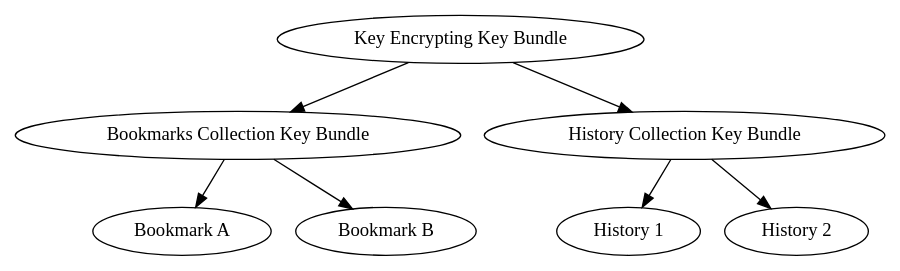
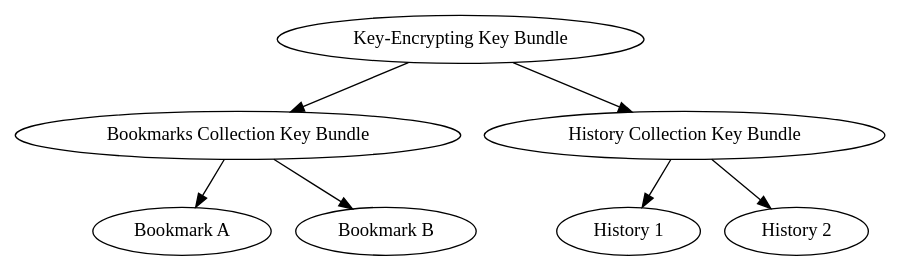
One commit to mozilla-services/docs changed the diagram in source/sync/storageformat6.rst. Above: the diagram before and after it, drawn with Graphviz. The commit also changed other lines of this file, not shown here.

```diff
--- a/source/sync/storageformat6.rst
+++ b/source/sync/storageformat6.rst
@@ -49,16 +52,16 @@
 .. graphviz::
 
   digraph {
-    ROOT [label="Key Encrypting Key Bundle"];
+    ROOT [label="Key-Encrypting Key Bundle"];
     BOOKMARKS [label="Bookmarks Collection Key Bundle"];
     HISTORY [label="History Collection Key Bundle"];
 
     ROOT -> BOOKMARKS;
     ROOT -> HISTORY;
 
     BOOKMARKS -> "Bookmark A";
     BOOKMARKS -> "Bookmark B";
 
     HISTORY -> "History 1";
     HISTORY -> "History 2";
   }
```
